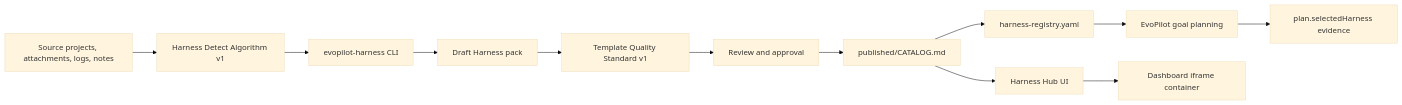
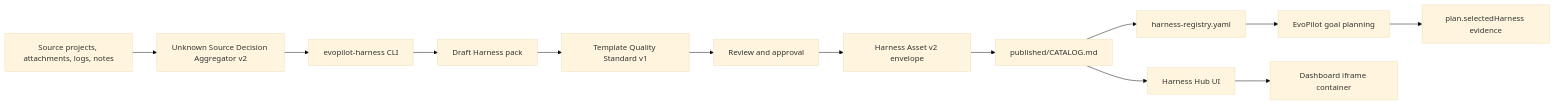
The diagram in README.md (yeliang-wang/evopilot-harness), drawn with Mermaid (base theme) before and after one commit. The commit also changed other lines of this file and 50 other files, not shown here.

````diff
--- a/README.md
+++ b/README.md
@@ -122,14 +143,15 @@
 ```mermaid
 flowchart LR
-  Source["Source projects, attachments, logs, notes"] --> Detect["Harness Detect Algorithm v1"]
+  Source["Source projects, attachments, logs, notes"] --> Detect["Unknown Source Decision Aggregator v2"]
   Detect --> Factory["evopilot-harness CLI"]
   Factory --> Draft["Draft Harness pack"]
   Draft --> Quality["Template Quality Standard v1"]
   Quality --> Review["Review and approval"]
-  Review --> Catalog["published/CATALOG.md"]
+  Review --> Asset["Harness Asset v2 envelope"]
+  Asset --> Catalog["published/CATALOG.md"]
   Catalog --> Registry["harness-registry.yaml"]
   Registry --> EvoPilot["EvoPilot goal planning"]
   Catalog --> Hub["Harness Hub UI"]
   Hub --> Dashboard["Dashboard iframe container"]
   EvoPilot --> Selected["plan.selectedHarness evidence"]
 ```
````
